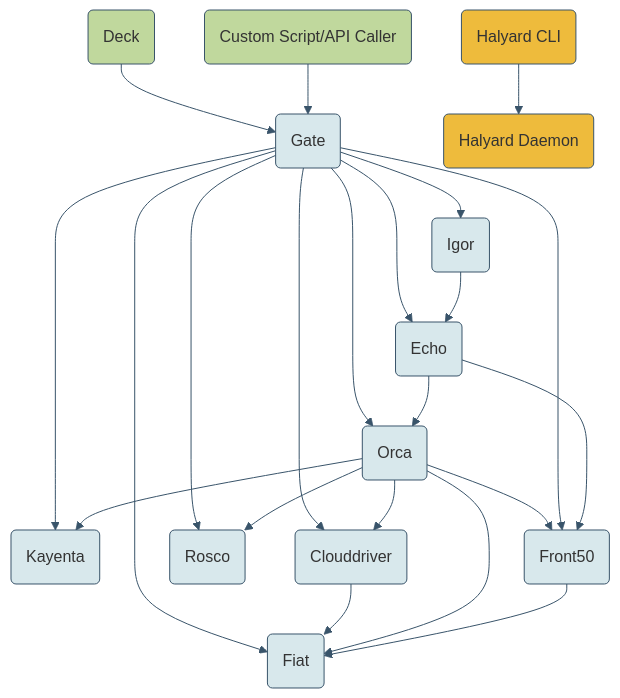
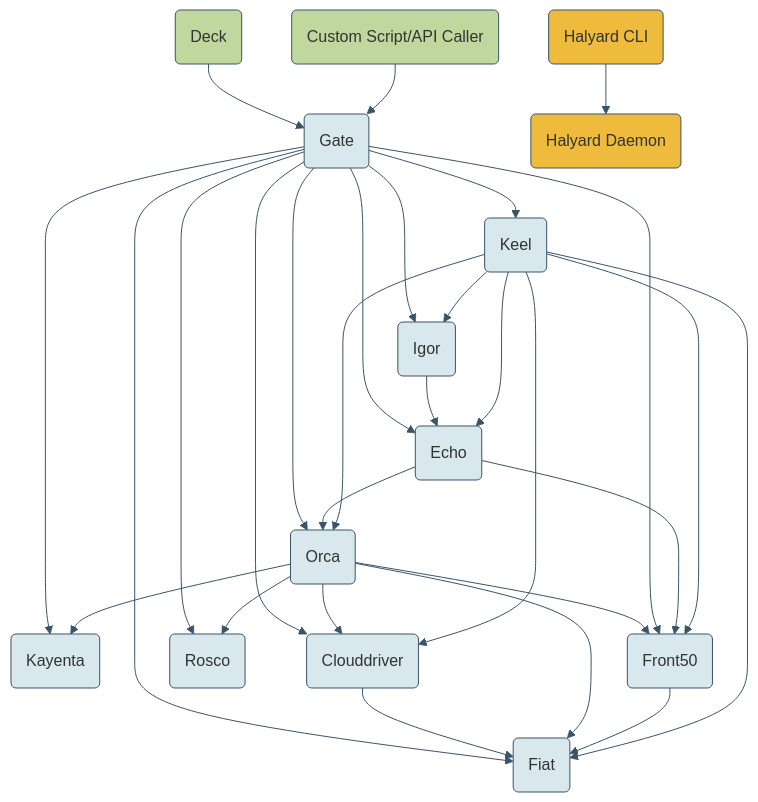
The diagram in content/en/docs/reference/architecture/microservices-overview.md (spinnaker/spinnaker.io), drawn with Mermaid before and after one commit. The commit also changed other lines of this file and 197 other files, not shown here.

```diff
--- a/content/en/docs/reference/architecture/microservices-overview.md
+++ b/content/en/docs/reference/architecture/microservices-overview.md
@@ -71,36 +73,44 @@
 {{< mermaid >}}
 graph TB
 
 deck(Deck) --> gate;
 api(Custom Script/API Caller) --> gate(Gate);
 gate --> kayenta(Kayenta);
 gate --> orca(Orca);
 gate --> clouddriver(Clouddriver);
 orca --> clouddriver;
 gate --> rosco(Rosco);
 orca --> front50;
 orca --> rosco;
 gate --> front50(Front50);
 gate --> fiat(Fiat);
 orca --> kayenta;
 clouddriver --> fiat;
 orca --> fiat;
 front50 --> fiat;
 echo(Echo) --> orca;
 echo --> front50;
 gate --> echo;
 gate --> igor(Igor);
 igor(Igor) --> echo;
 
+ keel(Keel) --> clouddriver;
+ keel --> orca;
+ keel --> front50;
+ keel --> fiat;
+ keel --> echo;
+ keel --> igor;
+ gate --> keel;
+
 hal(Halyard CLI) --> halyard(Halyard Daemon);
 
 classDef default fill:#d8e8ec,stroke:#39546a;
 linkStyle default stroke:#39546a,stroke-width:1px,fill:none;
 
 classDef halStyle fill:#eebb3c,stroke:#39546a;
 class halyard,hal halStyle;
 
 classDef external fill:#c0d89d,stroke:#39546a;
 class deck,api external;
 
 {{< /mermaid >}}
```
